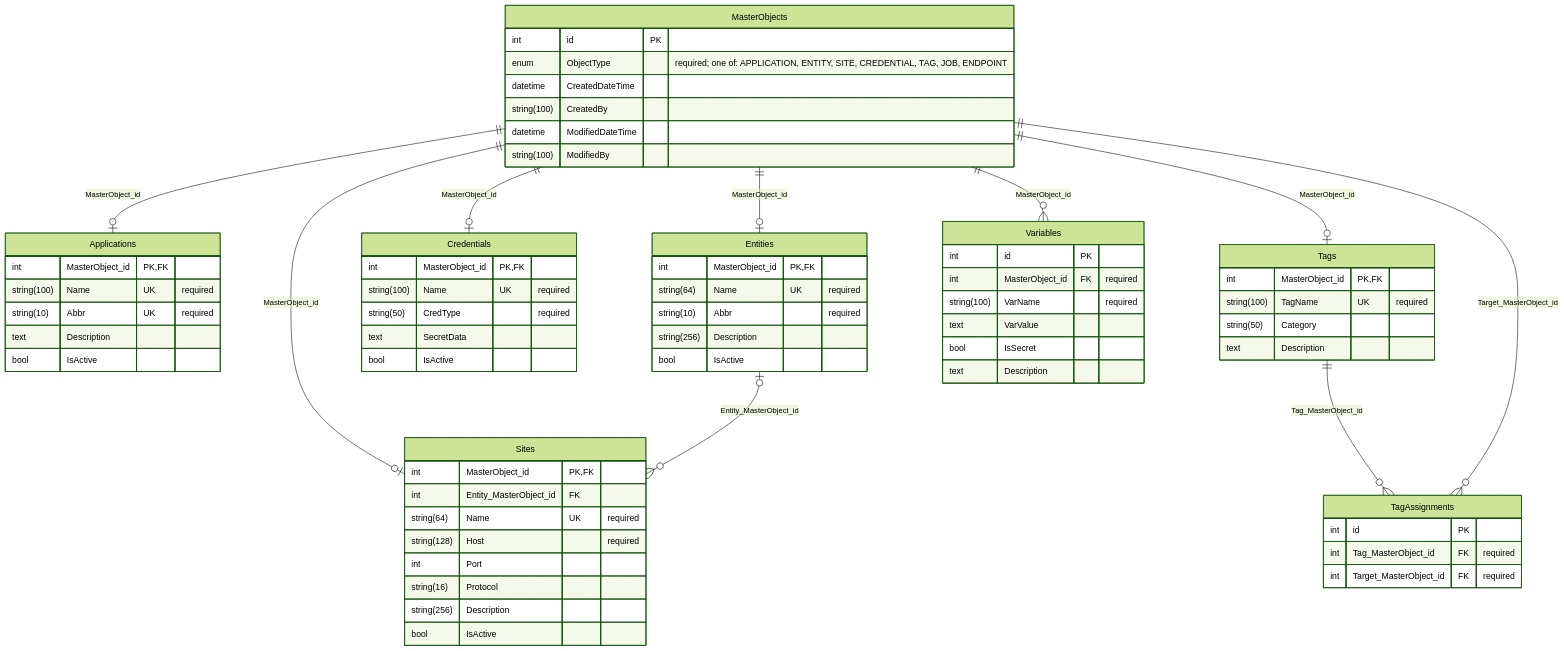
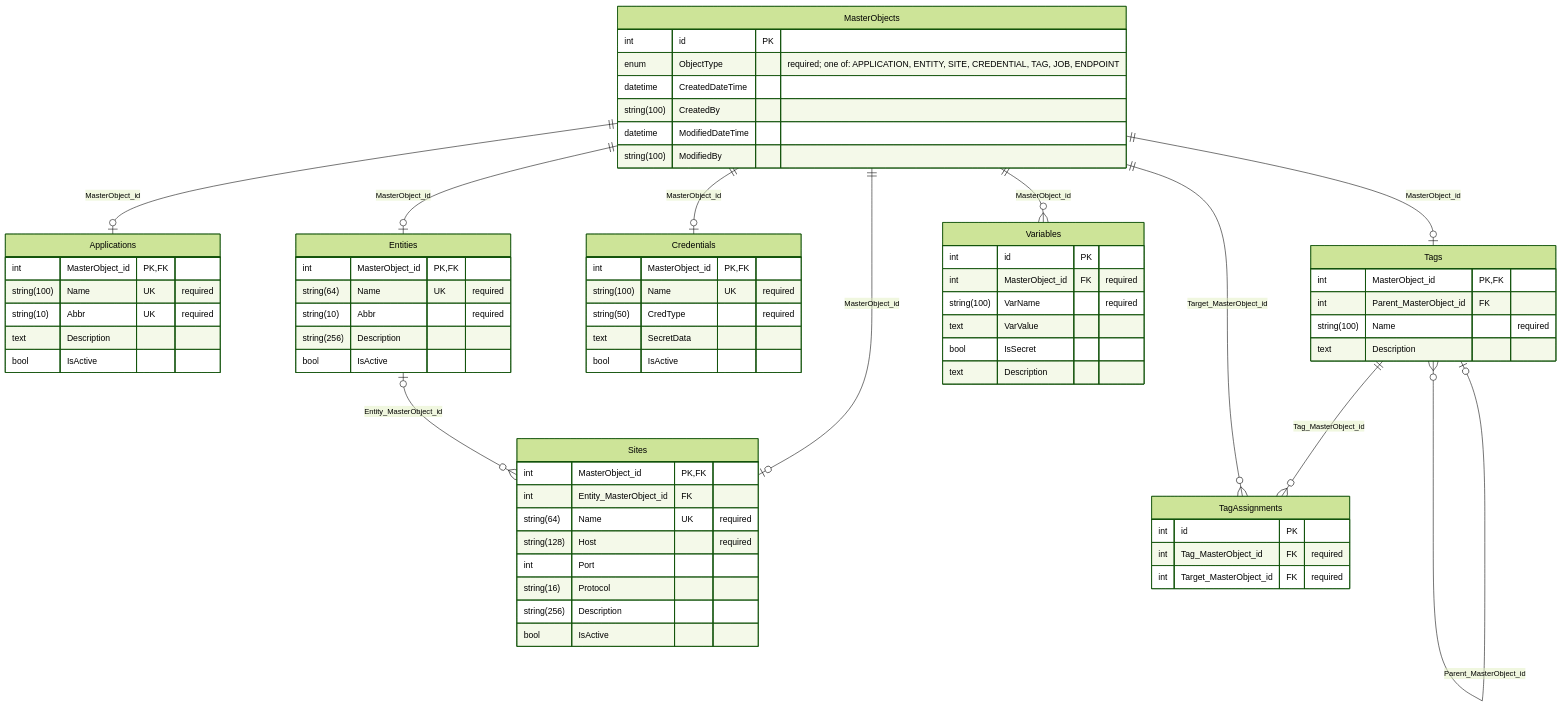
Before and after one commit to JayCBoal/AutomationApp: the second of 4 diagrams in docs/DB_SCHEMA.md, drawn with Mermaid (forest theme). The commit also changed other lines of this file and 43 other files, not shown here.

````diff
--- a/docs/DB_SCHEMA.md
+++ b/docs/DB_SCHEMA.md
@@ -46,70 +47,71 @@
 ```mermaid
 erDiagram
     MasterObjects {
         int id PK
         enum ObjectType "required; one of: APPLICATION, ENTITY, SITE, CREDENTIAL, TAG, JOB, ENDPOINT"
         datetime CreatedDateTime
         string(100) CreatedBy
         datetime ModifiedDateTime
         string(100) ModifiedBy
     }
     Applications {
         int MasterObject_id PK, FK
         string(100) Name UK "required"
         string(10) Abbr UK "required"
         text Description
         bool IsActive
     }
     Entities {
         int MasterObject_id PK, FK
         string(64) Name UK "required"
         string(10) Abbr "required"
         string(256) Description
         bool IsActive
     }
     Sites {
         int MasterObject_id PK, FK
         int Entity_MasterObject_id FK
         string(64) Name UK "required"
         string(128) Host "required"
         int Port
         string(16) Protocol
         string(256) Description
         bool IsActive
     }
     Credentials {
         int MasterObject_id PK, FK
         string(100) Name UK "required"
         string(50) CredType "required"
         text SecretData
         bool IsActive
     }
     Tags {
         int MasterObject_id PK, FK
-        string(100) TagName UK "required"
-        string(50) Category
+        int Parent_MasterObject_id FK
+        string(100) Name "required"
         text Description
     }
     Variables {
         int id PK
         int MasterObject_id FK "required"
         string(100) VarName "required"
         text VarValue
         bool IsSecret
         text Description
     }
     TagAssignments {
         int id PK
         int Tag_MasterObject_id FK "required"
         int Target_MasterObject_id FK "required"
     }
     MasterObjects ||--o| Applications : "MasterObject_id"
     MasterObjects ||--o| Credentials : "MasterObject_id"
     MasterObjects ||--o| Entities : "MasterObject_id"
     MasterObjects ||--o| Tags : "MasterObject_id"
+    Tags |o--o{ Tags : "Parent_MasterObject_id"
     MasterObjects ||--o{ Variables : "MasterObject_id"
     MasterObjects ||--o| Sites : "MasterObject_id"
     Entities |o--o{ Sites : "Entity_MasterObject_id"
     Tags ||--o{ TagAssignments : "Tag_MasterObject_id"
     MasterObjects ||--o{ TagAssignments : "Target_MasterObject_id"
 ```
````
